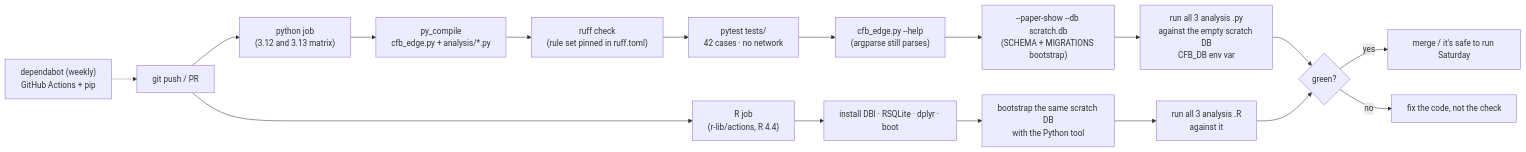
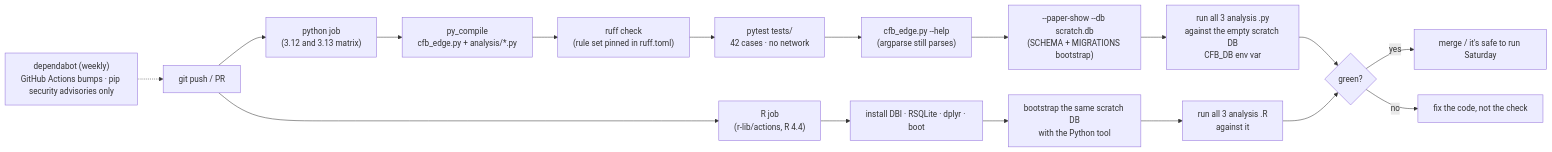
Before and after one commit to wbp318/cfb_2026: diagram 12 of 12 in README.md, drawn with Mermaid. The commit also changed other lines of this file, not shown here.

First line of the commit message:
README tune-up: --picks in quick start, release step, morning worked example, CI/dependabot notes

````diff
--- a/README.md
+++ b/README.md
@@ -616,18 +628,18 @@
 ```mermaid
 flowchart LR
     PUSH["git push / PR"] --> PY["python job\n(3.12 and 3.13 matrix)"]
     PUSH --> RJ["R job\n(r-lib/actions, R 4.4)"]
     PY --> P1["py_compile\ncfb_edge.py + analysis/*.py"]
     P1 --> P2["ruff check\n(rule set pinned in ruff.toml)"]
     P2 --> PT["pytest tests/\n42 cases · no network"]
     PT --> P3["cfb_edge.py --help\n(argparse still parses)"]
     P3 --> P4["--paper-show --db scratch.db\n(SCHEMA + MIGRATIONS bootstrap)"]
     P4 --> P5["run all 3 analysis .py\nagainst the empty scratch DB\nCFB_DB env var"]
     RJ --> R1["install DBI · RSQLite · dplyr · boot"]
     R1 --> R2["bootstrap the same scratch DB\nwith the Python tool"]
     R2 --> R3["run all 3 analysis .R\nagainst it"]
     P5 & R3 --> OK{"green?"}
     OK -- yes --> M["merge / it's safe to run Saturday"]
     OK -- no --> FIX["fix the code, not the check"]
-    DEP["dependabot (weekly)\nGitHub Actions + pip"] -.-> PUSH
+    DEP["dependabot (weekly)\nGitHub Actions bumps · pip security advisories only"] -.-> PUSH
 ```
````
